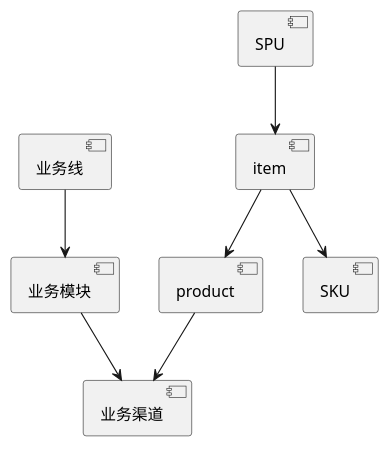
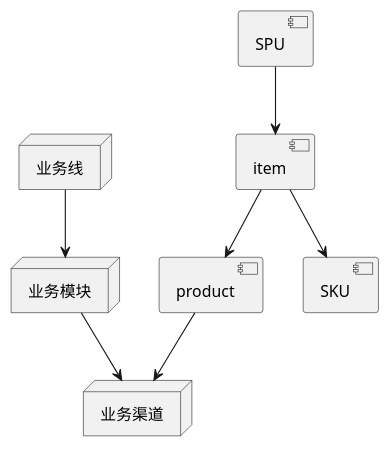
One commit to Wang-Ray/Wang-Ray.github.io changed the diagram in assets/plantuml/commodity.md. Above: the diagram before and after it, drawn with PlantUML.

````diff
--- a/assets/plantuml/commodity.md
+++ b/assets/plantuml/commodity.md
@@ -1,19 +1,19 @@
 ```plantuml
 @startuml
-component 业务线 as businessLine
-component 业务模块 as businessModule
-component 业务渠道 as businessChannel
+node 业务线 as businessLine
+node 业务模块 as businessModule
+node 业务渠道 as businessChannel
 component product
 component item
 component SPU
 component SKU
 
 businessLine --> businessModule
 businessModule --> businessChannel
 product --> businessChannel
 SPU --> item
 item --> SKU
 item --> product
 
 @enduml
 ```
````
